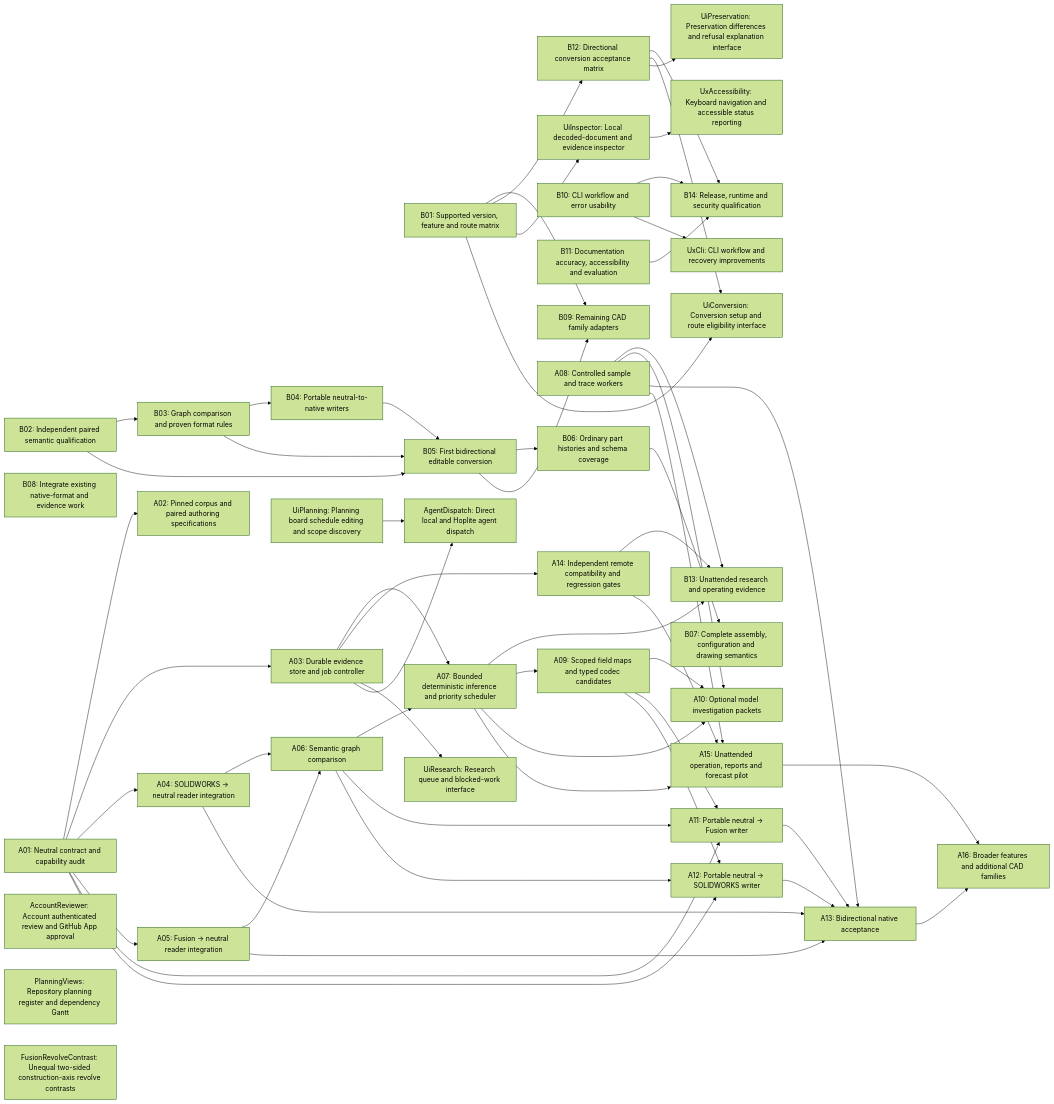
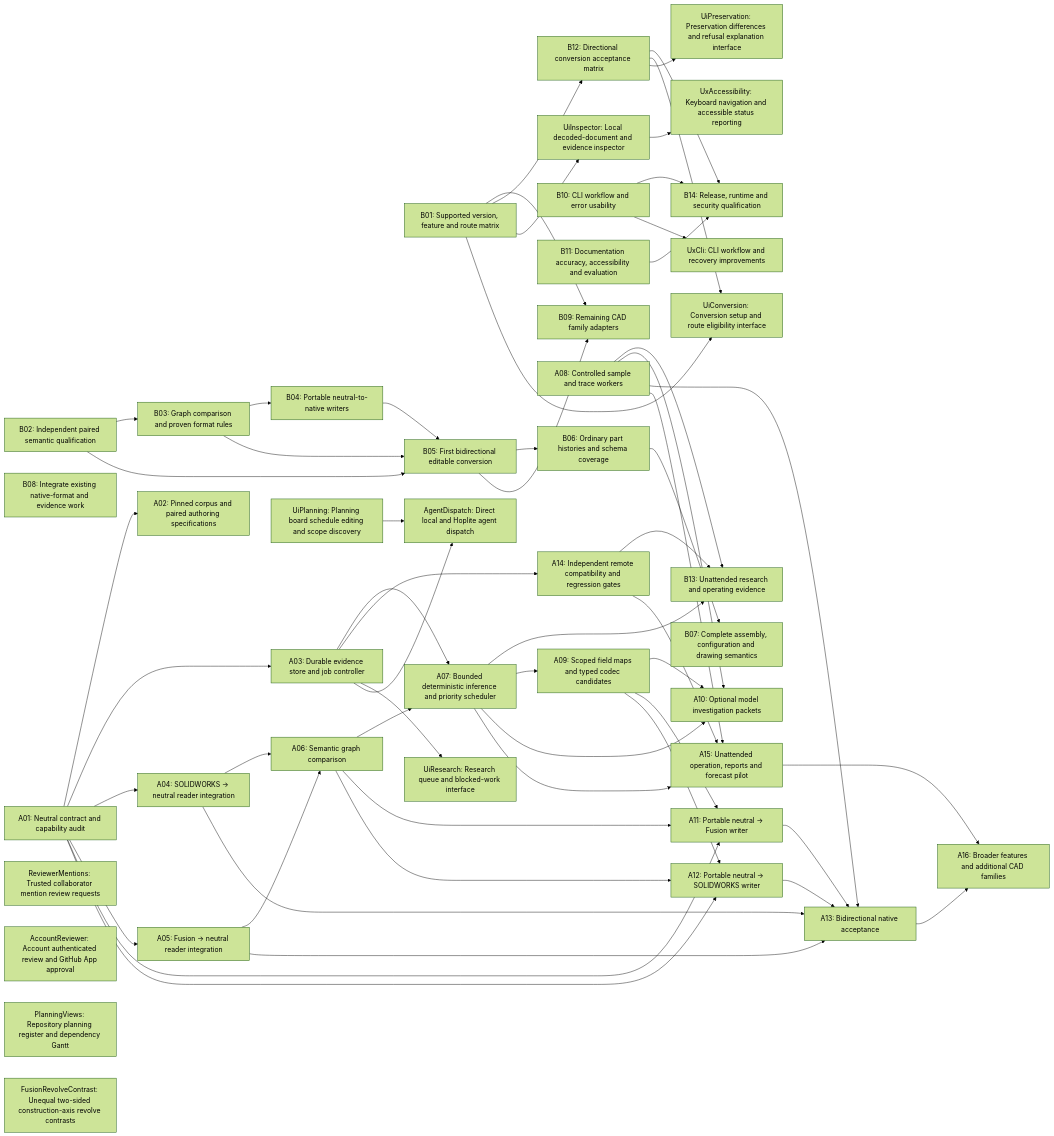
The diagram in Documentation/Planning/Generated/Dependencies.mmd (TryUniCAD/Kit), drawn with Mermaid (forest theme) before and after one commit. The commit also changed 24 other files, not shown here.

Commit message:
feat(review): authorize trusted mention review requests

```diff
--- a/Documentation/Planning/Generated/Dependencies.mmd
+++ b/Documentation/Planning/Generated/Dependencies.mmd
@@ -1,96 +1,97 @@
 flowchart LR
   B01["B01: Supported version, feature and route matrix"]
   B02["B02: Independent paired semantic qualification"]
   B03["B03: Graph comparison and proven format rules"]
   B02 --> B03
   B04["B04: Portable neutral-to-native writers"]
   B03 --> B04
   B05["B05: First bidirectional editable conversion"]
   B02 --> B05
   B03 --> B05
   B04 --> B05
   B06["B06: Ordinary part histories and schema coverage"]
   B05 --> B06
   B07["B07: Complete assembly, configuration and drawing semantics"]
   B06 --> B07
   B08["B08: Integrate existing native-format and evidence work"]
   B09["B09: Remaining CAD family adapters"]
   B01 --> B09
   B05 --> B09
   B10["B10: CLI workflow and error usability"]
   B11["B11: Documentation accuracy, accessibility and evaluation"]
   B12["B12: Directional conversion acceptance matrix"]
   B01 --> B12
   B13["B13: Unattended research and operating evidence"]
   A07 --> B13
   A08 --> B13
   A14 --> B13
   B14["B14: Release, runtime and security qualification"]
   B10 --> B14
   B11 --> B14
   B12 --> B14
   A01["A01: Neutral contract and capability audit"]
   A02["A02: Pinned corpus and paired authoring specifications"]
   A01 --> A02
   A03["A03: Durable evidence store and job controller"]
   A01 --> A03
   A04["A04: SOLIDWORKS → neutral reader integration"]
   A01 --> A04
   A05["A05: Fusion → neutral reader integration"]
   A01 --> A05
   A06["A06: Semantic graph comparison"]
   A04 --> A06
   A05 --> A06
   A07["A07: Bounded deterministic inference and priority scheduler"]
   A03 --> A07
   A06 --> A07
   A08["A08: Controlled sample and trace workers"]
   A09["A09: Scoped field maps and typed codec candidates"]
   A07 --> A09
   A10["A10: Optional model investigation packets"]
   A07 --> A10
   A08 --> A10
   A09 --> A10
   A11["A11: Portable neutral → Fusion writer"]
   A01 --> A11
   A06 --> A11
   A09 --> A11
   A12["A12: Portable neutral → SOLIDWORKS writer"]
   A01 --> A12
   A06 --> A12
   A09 --> A12
   A13["A13: Bidirectional native acceptance"]
   A04 --> A13
   A05 --> A13
   A08 --> A13
   A11 --> A13
   A12 --> A13
   A14["A14: Independent remote compatibility and regression gates"]
   A03 --> A14
   A15["A15: Unattended operation, reports and forecast pilot"]
   A07 --> A15
   A08 --> A15
   A14 --> A15
   A16["A16: Broader features and additional CAD families"]
   A13 --> A16
   A15 --> A16
+  ReviewerMentions["ReviewerMentions: Trusted collaborator mention review requests"]
   AccountReviewer["AccountReviewer: Account authenticated review and GitHub App approval"]
   PlanningViews["PlanningViews: Repository planning register and dependency Gantt"]
   FusionRevolveContrast["FusionRevolveContrast: Unequal two-sided construction-axis revolve contrasts"]
   UiInspector["UiInspector: Local decoded-document and evidence inspector"]
   B01 --> UiInspector
   UiConversion["UiConversion: Conversion setup and route eligibility interface"]
   B01 --> UiConversion
   B12 --> UiConversion
   UiPreservation["UiPreservation: Preservation differences and refusal explanation interface"]
   B12 --> UiPreservation
   UiResearch["UiResearch: Research queue and blocked-work interface"]
   A03 --> UiResearch
   UxAccessibility["UxAccessibility: Keyboard navigation and accessible status reporting"]
   UiInspector --> UxAccessibility
   UxCli["UxCli: CLI workflow and recovery improvements"]
   B10 --> UxCli
   UiPlanning["UiPlanning: Planning board schedule editing and scope discovery"]
   AgentDispatch["AgentDispatch: Direct local and Hoplite agent dispatch"]
   A03 --> AgentDispatch
   UiPlanning --> AgentDispatch
```
